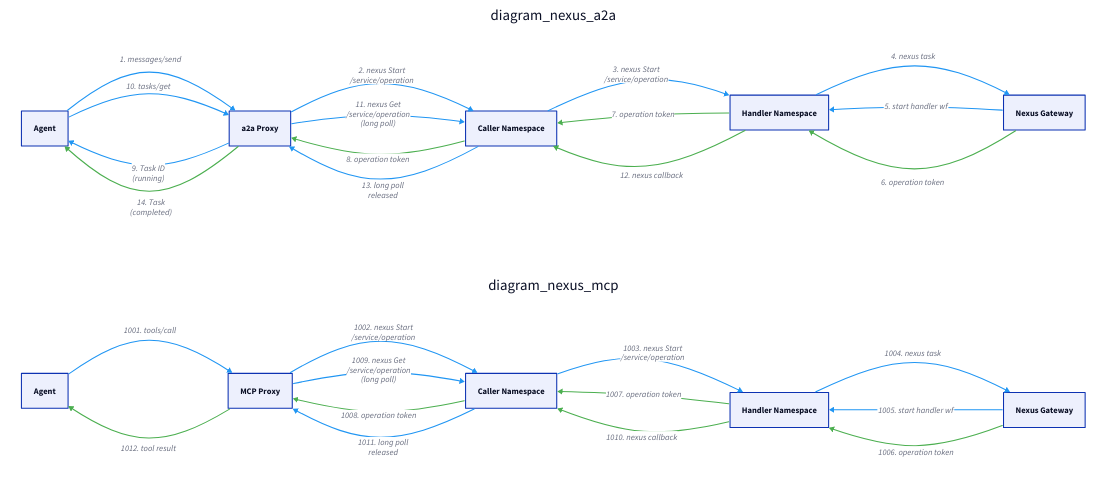
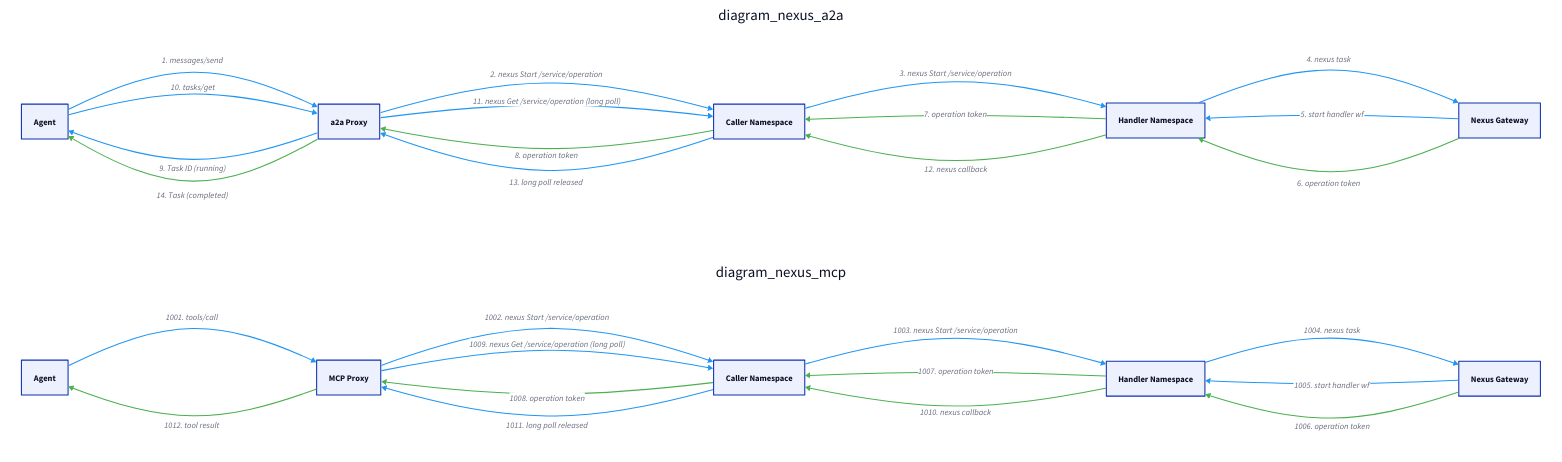
One commit to dandavison/seq2boxes changed the diagram in samples/05-nexus-complex/build/boxes-combined-flagship.d2. Above: the diagram before and after it, drawn with D2. The commit also changed 23 other files, not shown here.

```diff
--- a/samples/05-nexus-complex/build/boxes-combined-flagship.d2
+++ b/samples/05-nexus-complex/build/boxes-combined-flagship.d2
@@ -1,108 +1,108 @@
 vars: {
   d2-config: {
     theme-id: 0
   }
 }
 
 direction: right
 
 
 # Messages from nexus-a2a.d2
 diagram_nexus_a2a: {
   style.fill: transparent
   style.stroke: transparent
   "Agent" -> "a2a Proxy": "1. messages/send" {
     style.stroke: "#2196f3"
   }
-  "a2a Proxy" -> "Caller Namespace": "2. nexus Start\n/service/operation" {
+  "a2a Proxy" -> "Caller Namespace": "2. nexus Start /service/operation" {
     style.stroke: "#2196f3"
   }
-  "Caller Namespace" -> "Handler Namespace": "3. nexus Start\n/service/operation" {
+  "Caller Namespace" -> "Handler Namespace": "3. nexus Start /service/operation" {
     style.stroke: "#2196f3"
   }
   "Handler Namespace" -> "Nexus Gateway": "4. nexus task" {
     style.stroke: "#2196f3"
   }
   "Nexus Gateway" -> "Handler Namespace": "5. start handler wf" {
     style.stroke: "#2196f3"
   }
   "Nexus Gateway" -> "Handler Namespace": "6. operation token" {
     style.stroke: "#4caf50"
     style.stroke-width: 2
   }
   "Handler Namespace" -> "Caller Namespace": "7. operation token" {
     style.stroke: "#4caf50"
     style.stroke-width: 2
   }
   "Caller Namespace" -> "a2a Proxy": "8. operation token" {
     style.stroke: "#4caf50"
     style.stroke-width: 2
   }
-  "a2a Proxy" -> "Agent": "9. Task ID\n(running)" {
+  "a2a Proxy" -> "Agent": "9. Task ID (running)" {
     style.stroke: "#2196f3"
   }
   "Agent" -> "a2a Proxy": "10. tasks/get" {
     style.stroke: "#2196f3"
   }
-  "a2a Proxy" -> "Caller Namespace": "11. nexus Get\n/service/operation\n(long poll)" {
+  "a2a Proxy" -> "Caller Namespace": "11. nexus Get /service/operation (long poll)" {
     style.stroke: "#2196f3"
   }
   "Handler Namespace" -> "Caller Namespace": "12. nexus callback" {
     style.stroke: "#4caf50"
     style.stroke-width: 2
   }
-  "Caller Namespace" -> "a2a Proxy": "13. long poll\nreleased" {
+  "Caller Namespace" -> "a2a Proxy": "13. long poll released" {
     style.stroke: "#2196f3"
   }
-  "a2a Proxy" -> "Agent": "14. Task\n(completed)" {
+  "a2a Proxy" -> "Agent": "14. Task (completed)" {
     style.stroke: "#4caf50"
     style.stroke-width: 2
   }
 }
 
 # Messages from nexus-mcp.d2
 diagram_nexus_mcp: {
   style.fill: transparent
   style.stroke: transparent
   "Agent" -> "MCP Proxy": "1001. tools/call" {
     style.stroke: "#2196f3"
   }
-  "MCP Proxy" -> "Caller Namespace": "1002. nexus Start\n/service/operation" {
+  "MCP Proxy" -> "Caller Namespace": "1002. nexus Start /service/operation" {
     style.stroke: "#2196f3"
   }
-  "Caller Namespace" -> "Handler Namespace": "1003. nexus Start\n/service/operation" {
+  "Caller Namespace" -> "Handler Namespace": "1003. nexus Start /service/operation" {
     style.stroke: "#2196f3"
   }
   "Handler Namespace" -> "Nexus Gateway": "1004. nexus task" {
     style.stroke: "#2196f3"
   }
   "Nexus Gateway" -> "Handler Namespace": "1005. start handler wf" {
     style.stroke: "#2196f3"
   }
   "Nexus Gateway" -> "Handler Namespace": "1006. operation token" {
     style.stroke: "#4caf50"
     style.stroke-width: 2
   }
   "Handler Namespace" -> "Caller Namespace": "1007. operation token" {
     style.stroke: "#4caf50"
     style.stroke-width: 2
   }
   "Caller Namespace" -> "MCP Proxy": "1008. operation token" {
     style.stroke: "#4caf50"
     style.stroke-width: 2
   }
-  "MCP Proxy" -> "Caller Namespace": "1009. nexus Get\n/service/operation\n(long poll)" {
+  "MCP Proxy" -> "Caller Namespace": "1009. nexus Get /service/operation (long poll)" {
     style.stroke: "#2196f3"
   }
   "Handler Namespace" -> "Caller Namespace": "1010. nexus callback" {
     style.stroke: "#4caf50"
     style.stroke-width: 2
   }
-  "Caller Namespace" -> "MCP Proxy": "1011. long poll\nreleased" {
+  "Caller Namespace" -> "MCP Proxy": "1011. long poll released" {
     style.stroke: "#2196f3"
   }
   "MCP Proxy" -> "Agent": "1012. tool result" {
     style.stroke: "#4caf50"
     style.stroke-width: 2
   }
 }
```
